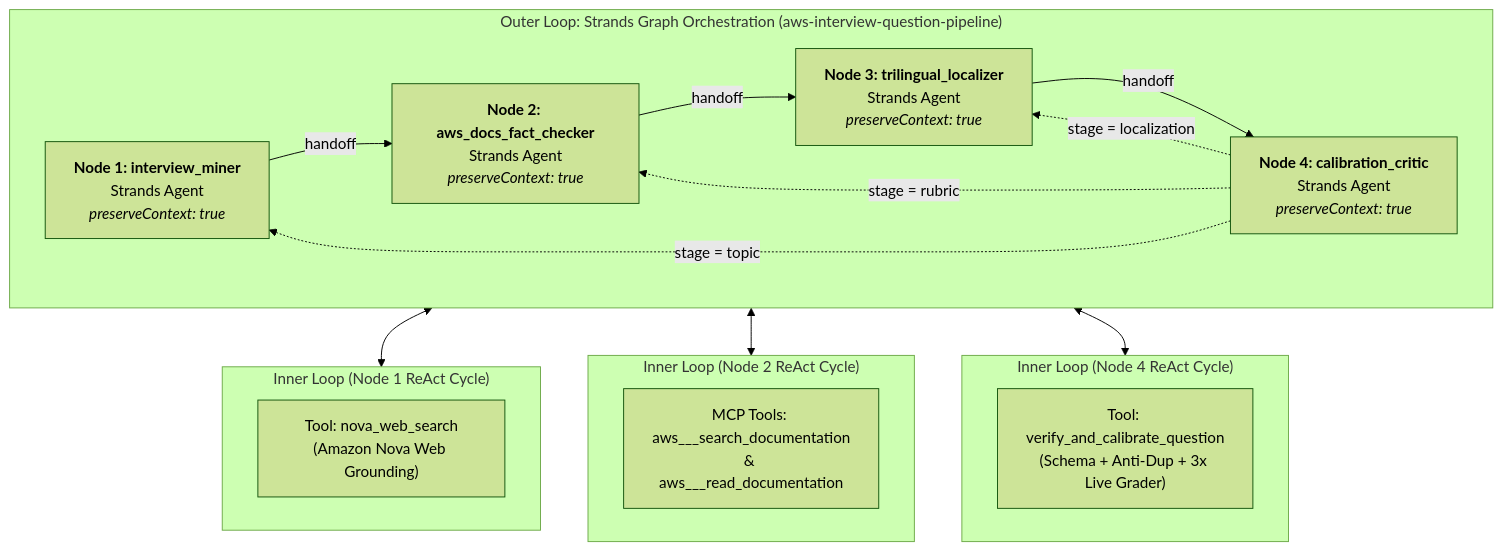
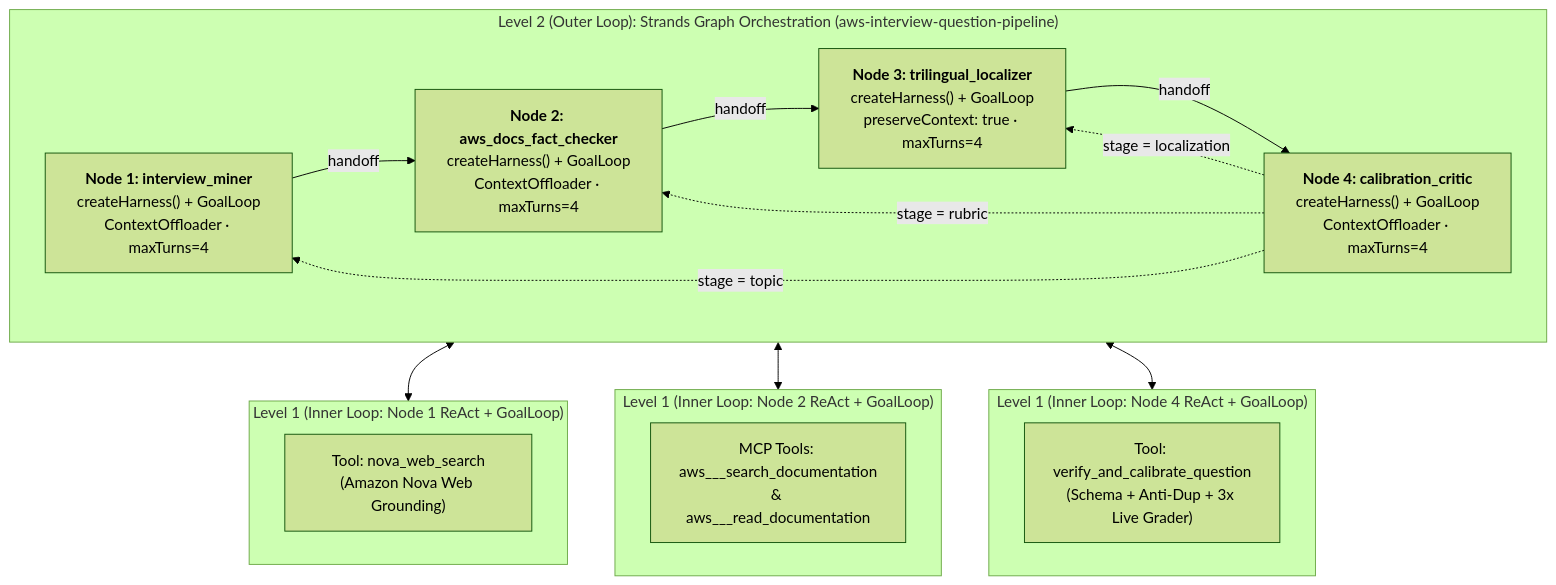
Before and after one commit to wongcyrus/The-Legend-of-AWS-Warrior: the diagram in docs/QUESTION_GENERATOR_AGENT.md, drawn with Mermaid (forest theme). The commit also changed other lines of this file and 18 other files, not shown here.

````diff
--- a/docs/QUESTION_GENERATOR_AGENT.md
+++ b/docs/QUESTION_GENERATOR_AGENT.md
@@ -37,33 +39,33 @@
 ```mermaid
 flowchart TB
-  subgraph OuterLoop["Outer Loop: Strands Graph Orchestration (aws-interview-question-pipeline)"]
+  subgraph OuterLoop["Level 2 (Outer Loop): Strands Graph Orchestration (aws-interview-question-pipeline)"]
     direction LR
-    N1["<b>Node 1: interview_miner</b><br/>Strands Agent<br/><i>preserveContext: true</i>"]
-    N2["<b>Node 2: aws_docs_fact_checker</b><br/>Strands Agent<br/><i>preserveContext: true</i>"]
-    N3["<b>Node 3: trilingual_localizer</b><br/>Strands Agent<br/><i>preserveContext: true</i>"]
-    N4["<b>Node 4: calibration_critic</b><br/>Strands Agent<br/><i>preserveContext: true</i>"]
+    N1["<b>Node 1: interview_miner</b><br/>createHarness() + GoalLoop<br/>ContextOffloader · maxTurns=4"]
+    N2["<b>Node 2: aws_docs_fact_checker</b><br/>createHarness() + GoalLoop<br/>ContextOffloader · maxTurns=4"]
+    N3["<b>Node 3: trilingual_localizer</b><br/>createHarness() + GoalLoop<br/>preserveContext: true · maxTurns=4"]
+    N4["<b>Node 4: calibration_critic</b><br/>createHarness() + GoalLoop<br/>ContextOffloader · maxTurns=4"]
 
     N1 -->|"handoff"| N2
     N2 -->|"handoff"| N3
     N3 -->|"handoff"| N4
     N4 -. "stage = localization" .-> N3
     N4 -. "stage = rubric" .-> N2
     N4 -. "stage = topic" .-> N1
   end
 
-  subgraph InnerLoop1["Inner Loop (Node 1 ReAct Cycle)"]
+  subgraph InnerLoop1["Level 1 (Inner Loop: Node 1 ReAct + GoalLoop)"]
     T1["Tool: nova_web_search<br/>(Amazon Nova Web Grounding)"]
   end
 
-  subgraph InnerLoop2["Inner Loop (Node 2 ReAct Cycle)"]
+  subgraph InnerLoop2["Level 1 (Inner Loop: Node 2 ReAct + GoalLoop)"]
     T2["MCP Tools: aws___search_documentation<br/>& aws___read_documentation"]
   end
 
-  subgraph InnerLoop4["Inner Loop (Node 4 ReAct Cycle)"]
+  subgraph InnerLoop4["Level 1 (Inner Loop: Node 4 ReAct + GoalLoop)"]
     T4["Tool: verify_and_calibrate_question<br/>(Schema + Anti-Dup + 3x Live Grader)"]
   end
 
   N1 <--> InnerLoop1
   N2 <--> InnerLoop2
   N4 <--> InnerLoop4
 ```
````
